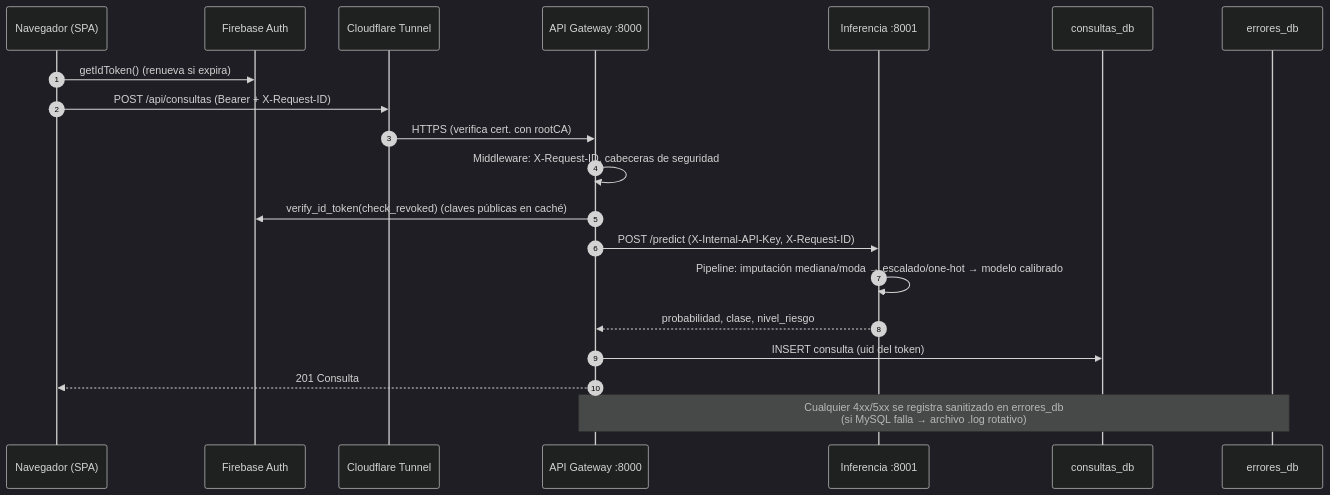
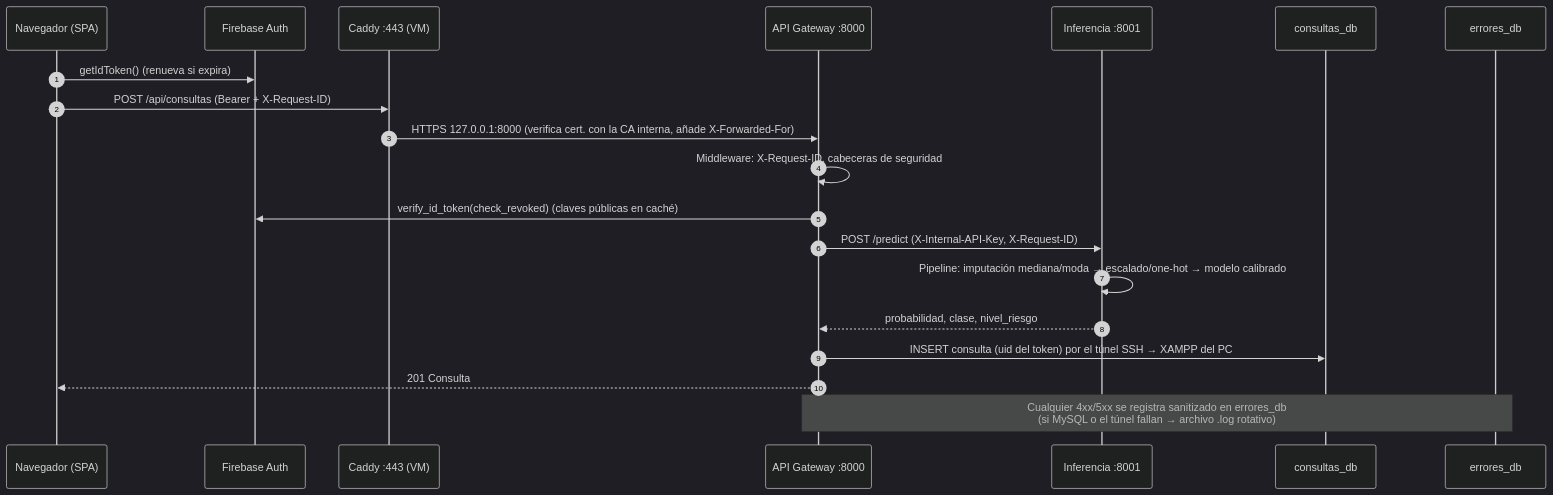
Before and after one commit to chavmoreno/APP_HIBRIDA: the second of 2 diagrams in docs/arquitectura.md, drawn with Mermaid (dark theme). The commit also changed other lines of this file and 40 other files, not shown here.

First line of the commit message:
Backend en Oracle Cloud Always Free con Caddy + DuckDNS; sólo XAMPP queda local

````diff
--- a/docs/arquitectura.md
+++ b/docs/arquitectura.md
@@ -77,22 +91,22 @@
 ```mermaid
 sequenceDiagram
   autonumber
   participant N as Navegador (SPA)
   participant FA as Firebase Auth
-  participant CF as Cloudflare Tunnel
+  participant CF as Caddy :443 (VM)
   participant GW as API Gateway :8000
   participant MS as Inferencia :8001
   participant C as consultas_db
   participant E as errores_db
   N->>FA: getIdToken() (renueva si expira)
   N->>CF: POST /api/consultas (Bearer + X-Request-ID)
-  CF->>GW: HTTPS (verifica cert. con rootCA)
+  CF->>GW: HTTPS 127.0.0.1:8000 (verifica cert. con la CA interna, añade X-Forwarded-For)
   GW->>GW: Middleware: X-Request-ID, cabeceras de seguridad
   GW->>FA: verify_id_token(check_revoked) (claves públicas en caché)
   GW->>MS: POST /predict (X-Internal-API-Key, X-Request-ID)
   MS->>MS: Pipeline: imputación mediana/moda → escalado/one-hot → modelo calibrado
   MS-->>GW: probabilidad, clase, nivel_riesgo
-  GW->>C: INSERT consulta (uid del token)
+  GW->>C: INSERT consulta (uid del token) por el túnel SSH → XAMPP del PC
   GW-->>N: 201 Consulta
-  Note over GW,E: Cualquier 4xx/5xx se registra sanitizado en errores_db<br/>(si MySQL falla → archivo .log rotativo)
+  Note over GW,E: Cualquier 4xx/5xx se registra sanitizado en errores_db<br/>(si MySQL o el túnel fallan → archivo .log rotativo)
 ```
````
